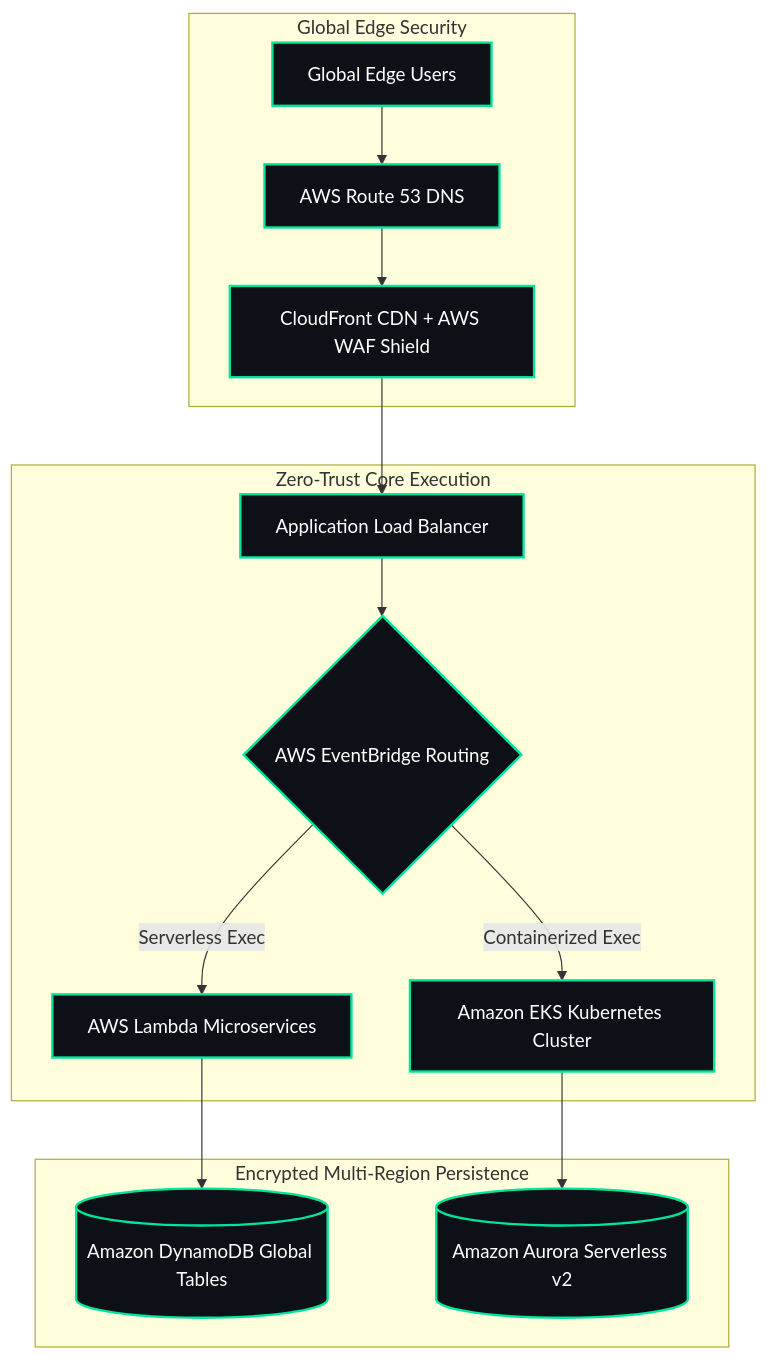
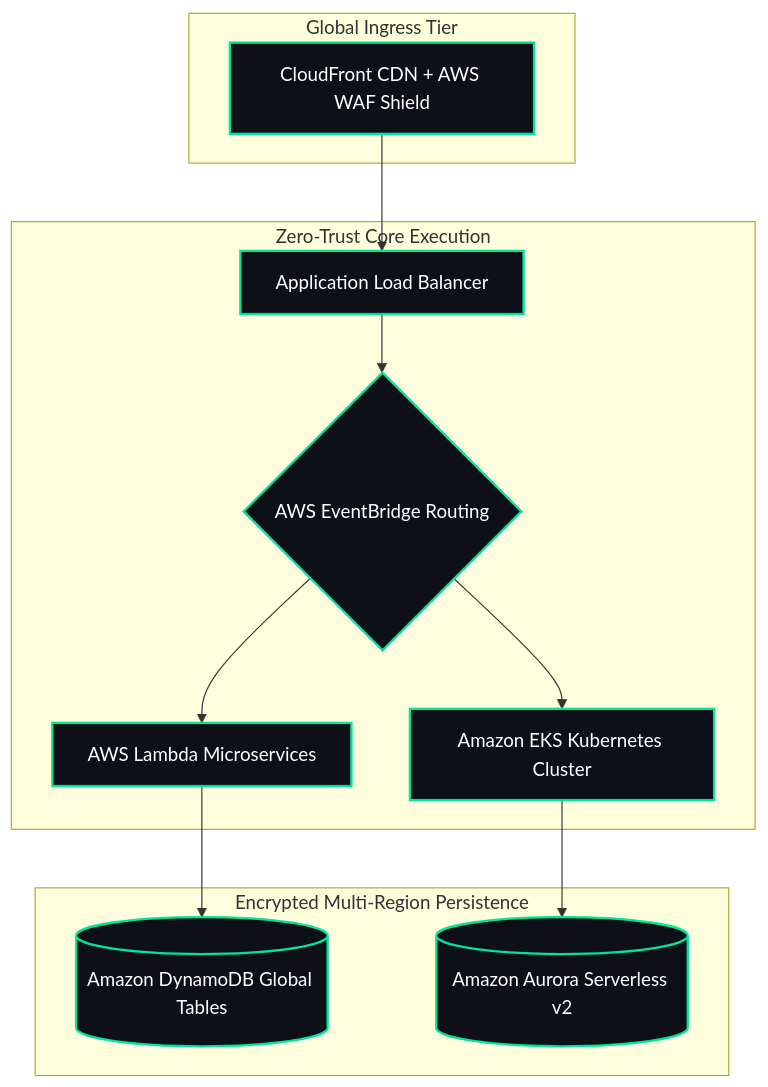
The first of 2 diagrams in README.md (aakashpandian582006-ops/aakashpandian582006-ops), drawn with Mermaid before and after one commit. The commit also changed other lines of this file and 2 other files, not shown here.

Commit message:
Update README with avatar.jpg bifold setup & valid Mermaid Git Internals syntax

````diff
--- a/README.md
+++ b/README.md
@@ -99,29 +43,27 @@
 ```mermaid
-graph TD
-    subgraph Edge & Ingress Layer [Global Edge Security]
-        Users[Global Edge Users] --> Route53[AWS Route 53 DNS]
-        Route53 --> CF[CloudFront CDN + AWS WAF Shield]
+flowchart TD
+    subgraph Ingress ["Global Ingress Tier"]
+        A[CloudFront CDN + AWS WAF Shield]
     end
 
-    subgraph Compute & Logic Tier [Zero-Trust Core Execution]
-        CF --> ALB[Application Load Balancer]
-        ALB --> Router{AWS EventBridge Routing}
-        Router -->|Serverless Exec| Lambda[AWS Lambda Microservices]
-        Router -->|Containerized Exec| EKS[Amazon EKS Kubernetes Cluster]
+    subgraph Core ["Zero-Trust Core Execution"]
+        B[Application Load Balancer] --> C{AWS EventBridge Routing}
+        C --> D[AWS Lambda Microservices]
+        C --> E[Amazon EKS Kubernetes Cluster]
     end
 
-    subgraph Data & Storage Tier [Encrypted Multi-Region Persistence]
-        Lambda --> DynamoDB[(Amazon DynamoDB Global Tables)]
-        EKS --> Aurora[(Amazon Aurora Serverless v2)]
+    subgraph Data ["Encrypted Multi-Region Persistence"]
+        D --> F[(Amazon DynamoDB Global Tables)]
+        E --> G[(Amazon Aurora Serverless v2)]
     end
 
-    style Users fill:#0d1117,stroke:#00E599,stroke-width:2px,color:#fff
-    style Route53 fill:#0d1117,stroke:#00E599,stroke-width:2px,color:#fff
-    style CF fill:#0d1117,stroke:#00E599,stroke-width:2px,color:#fff
-    style ALB fill:#0d1117,stroke:#00E599,stroke-width:2px,color:#fff
-    style Router fill:#0d1117,stroke:#00E599,stroke-width:2px,color:#fff
-    style Lambda fill:#0d1117,stroke:#00E599,stroke-width:2px,color:#fff
-    style EKS fill:#0d1117,stroke:#00E599,stroke-width:2px,color:#fff
-    style DynamoDB fill:#0d1117,stroke:#00E599,stroke-width:2px,color:#fff
-    style Aurora fill:#0d1117,stroke:#00E599,stroke-width:2px,color:#fff
+    A --> B
+
+    style A fill:#0d1117,stroke:#00E599,stroke-width:2px,color:#fff
+    style B fill:#0d1117,stroke:#00E599,stroke-width:2px,color:#fff
+    style C fill:#0d1117,stroke:#00E599,stroke-width:2px,color:#fff
+    style D fill:#0d1117,stroke:#00E599,stroke-width:2px,color:#fff
+    style E fill:#0d1117,stroke:#00E599,stroke-width:2px,color:#fff
+    style F fill:#0d1117,stroke:#00E599,stroke-width:2px,color:#fff
+    style G fill:#0d1117,stroke:#00E599,stroke-width:2px,color:#fff
 ```
````
